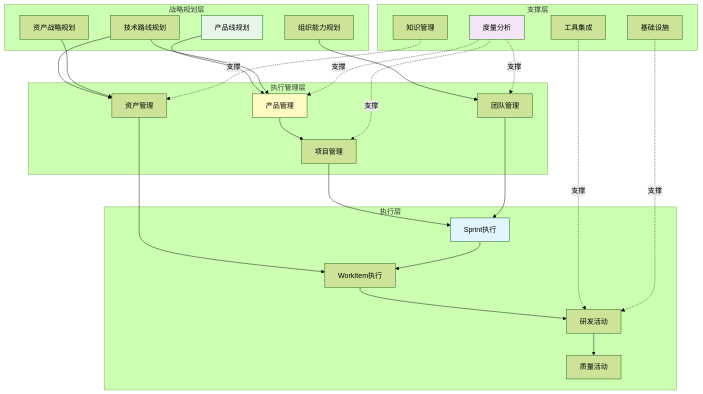
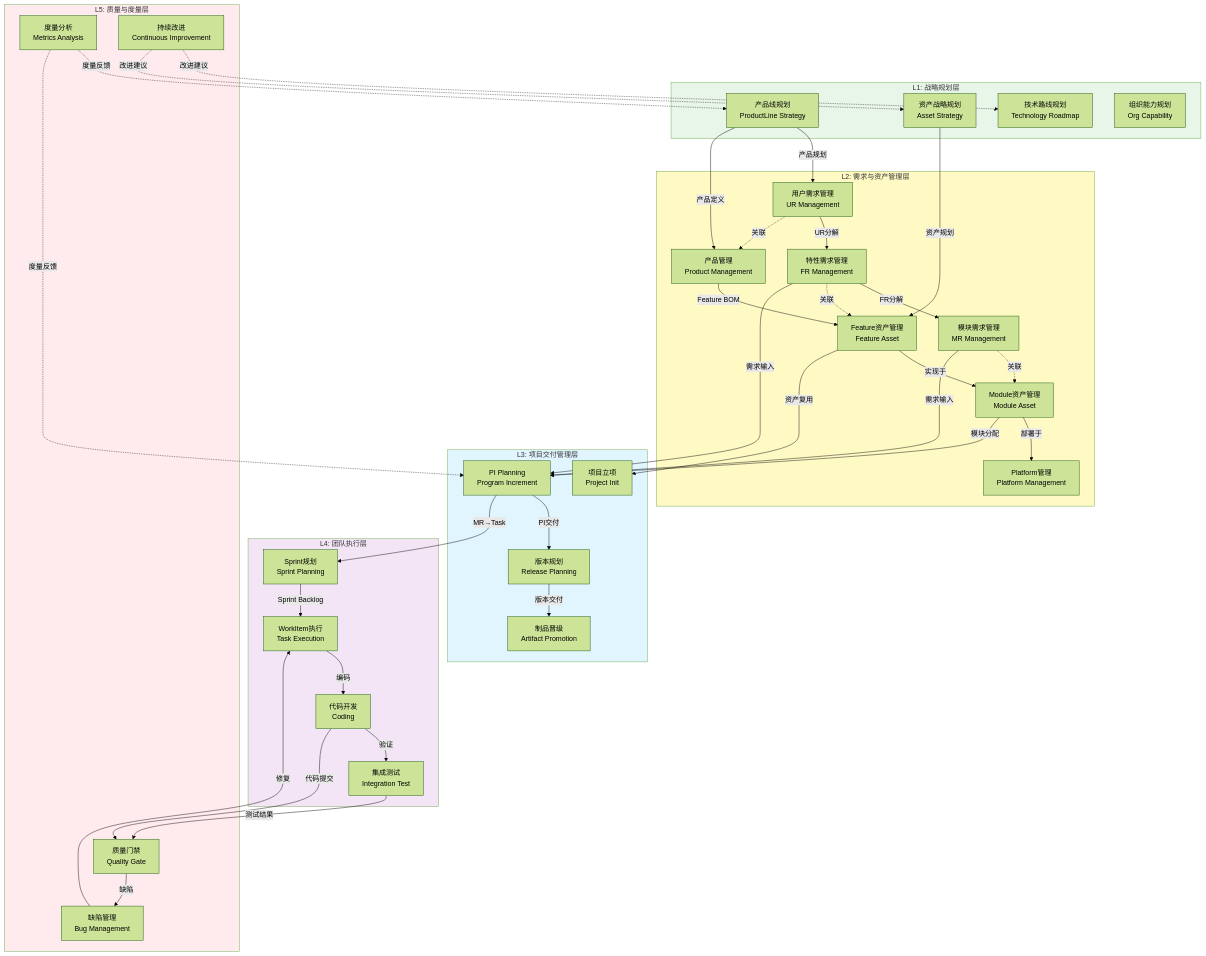
One commit to zjx-immersion/domain-model-design changed the second of 10 diagrams in Architecture/v3/01-business/BUSINESS_ARCHITECTURE.md. Above: the diagram before and after it, drawn with Mermaid (forest theme). The commit also changed other lines of this file and 1 other file, not shown here.

````diff
--- a/Architecture/v3/01-business/BUSINESS_ARCHITECTURE.md
+++ b/Architecture/v3/01-business/BUSINESS_ARCHITECTURE.md
@@ -66,57 +66,89 @@
 ```mermaid
 graph TB
-    subgraph 战略规划层
-        S1[产品线规划]
-        S2[技术路线规划]
-        S3[资产战略规划]
-        S4[组织能力规划]
+    subgraph L1[L1: 战略规划层]
+        S1[产品线规划<br/>ProductLine Strategy]
+        S2[技术路线规划<br/>Technology Roadmap]
+        S3[资产战略规划<br/>Asset Strategy]
+        S4[组织能力规划<br/>Org Capability]
     end
     
-    subgraph 执行管理层
-        M1[产品管理]
-        M2[项目管理]
-        M3[资产管理]
-        M4[团队管理]
+    subgraph L2[L2: 需求与资产管理层]
+        R1[用户需求管理<br/>UR Management]
+        R2[特性需求管理<br/>FR Management]
+        R3[模块需求管理<br/>MR Management]
+        A1[产品管理<br/>Product Management]
+        A2[Feature资产管理<br/>Feature Asset]
+        A3[Module资产管理<br/>Module Asset]
+        A4[Platform管理<br/>Platform Management]
     end
     
-    subgraph 执行层
-        E1[Sprint执行]
-        E2[WorkItem执行]
-        E3[研发活动]
-        E4[质量活动]
+    subgraph L3[L3: 项目交付管理层]
+        P1[项目立项<br/>Project Init]
+        P2[PI Planning<br/>Program Increment]
+        P3[版本规划<br/>Release Planning]
+        P4[制品晋级<br/>Artifact Promotion]
     end
     
-    subgraph 支撑层
-        P1[度量分析]
-        P2[知识管理]
-        P3[工具集成]
-        P4[基础设施]
+    subgraph L4[L4: 团队执行层]
+        T1[Sprint规划<br/>Sprint Planning]
+        T2[WorkItem执行<br/>Task Execution]
+        T3[代码开发<br/>Coding]
+        T4[集成测试<br/>Integration Test]
     end
     
-    S1 --> M1
-    S2 --> M1
-    S2 --> M3
-    S3 --> M3
-    S4 --> M4
+    subgraph L5[L5: 质量与度量层]
+        Q1[质量门禁<br/>Quality Gate]
+        Q2[缺陷管理<br/>Bug Management]
+        Q3[度量分析<br/>Metrics Analysis]
+        Q4[持续改进<br/>Continuous Improvement]
+    end
     
-    M1 --> M2
-    M2 --> E1
-    M3 --> E2
-    M4 --> E1
+    %% L1 → L2 需求分解
+    S1 -->|产品规划| R1
+    R1 -->|UR分解| R2
+    R2 -->|FR分解| R3
     
-    E1 --> E2
-    E2 --> E3
-    E3 --> E4
+    %% L1 → L2 资产关联
+    S1 -->|产品定义| A1
+    S3 -->|资产规划| A2
+    A1 -->|Feature BOM| A2
+    A2 -->|实现于| A3
+    A3 -->|部署于| A4
     
-    P1 -.支撑.-> M1
-    P1 -.支撑.-> M2
-    P1 -.支撑.-> M4
-    P2 -.支撑.-> M3
-    P3 -.支撑.-> E3
-    P4 -.支撑.-> E3
+    %% L2 需求-资产关联
+    R1 -.关联.-> A1
+    R2 -.关联.-> A2
+    R3 -.关联.-> A3
     
-    style S1 fill:#e8f5e9
-    style M1 fill:#fff9c4
-    style E1 fill:#e1f5ff
-    style P1 fill:#f3e5f5
+    %% L2 → L3 项目交付
+    R2 -->|需求输入| P2
+    R3 -->|需求输入| P2
+    A2 -->|资产复用| P1
+    A3 -->|模块分配| P2
+    P2 -->|PI交付| P3
+    P3 -->|版本交付| P4
+    
+    %% L3 → L4 团队执行
+    P2 -->|MR→Task| T1
+    T1 -->|Sprint Backlog| T2
+    T2 -->|编码| T3
+    T3 -->|验证| T4
+    
+    %% L4 → L5 质量保证
+    T3 -->|代码提交| Q1
+    T4 -->|测试结果| Q1
+    Q1 -->|缺陷| Q2
+    Q2 -->|修复| T2
+    
+    %% L5 反馈
+    Q3 -.度量反馈.-> S1
+    Q3 -.度量反馈.-> P2
+    Q4 -.改进建议.-> S2
+    Q4 -.改进建议.-> S3
+    
+    style L1 fill:#e8f5e9
+    style L2 fill:#fff9c4
+    style L3 fill:#e1f5ff
+    style L4 fill:#f3e5f5
+    style L5 fill:#ffebee
 ```
````
